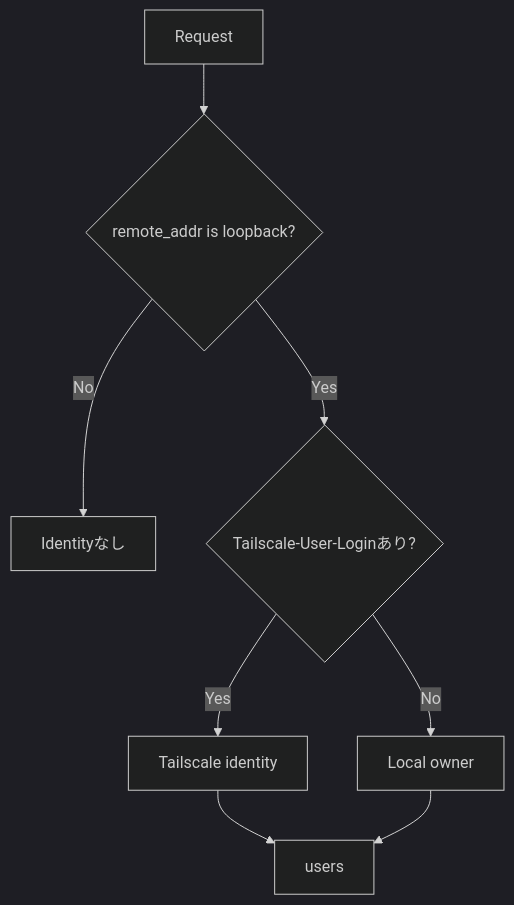
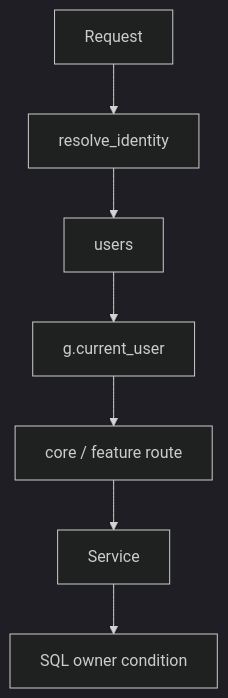
Before and after one commit to k-systems202208/python-sqlite-tailscale-webapp-template: the sixth of 8 diagrams in docs/ARCHITECTURE.md, drawn with Mermaid (dark theme). The commit also changed other lines of this file and 26 other files, not shown here.

````diff
--- a/docs/ARCHITECTURE.md
+++ b/docs/ARCHITECTURE.md
@@ -83,10 +133,9 @@
 ```mermaid
 flowchart TD
-    R["Request"] --> L{"remote_addr is loopback?"}
-    L -->|"No"| N["Identityなし"]
-    L -->|"Yes"| H{"Tailscale-User-Loginあり?"}
-    H -->|"Yes"| T["Tailscale identity"]
-    H -->|"No"| O["Local owner"]
-    T --> U["users"]
-    O --> U
+    R["Request"] --> I["resolve_identity"]
+    I --> U["users"]
+    U --> G["g.current_user"]
+    G --> C["core / feature route"]
+    C --> S["Service"]
+    S --> Q["SQL owner condition"]
 ```
````
